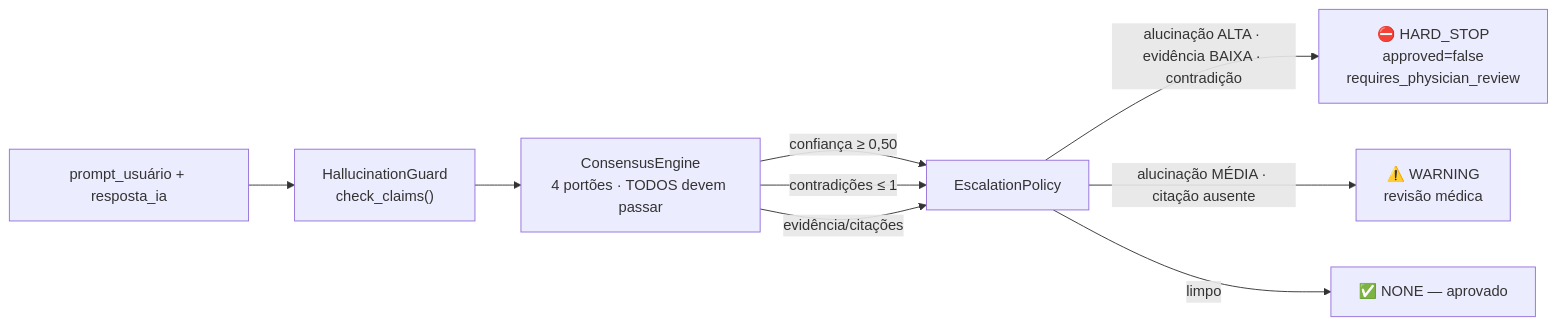
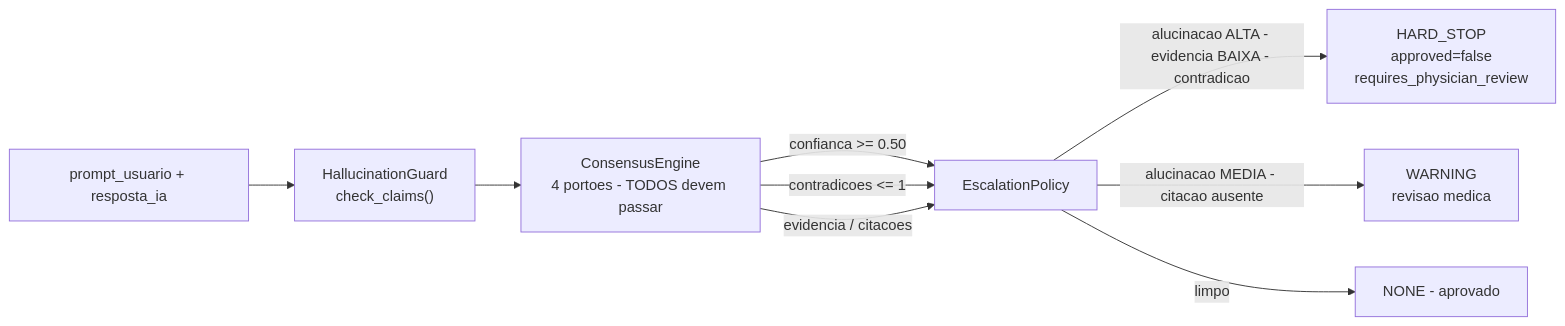
One commit to vdfs89/Aether_Oncology changed the third of 4 diagrams in README.pt-br.md. Above: the diagram before and after it, drawn with Mermaid. The commit also changed other lines of this file and 1 other file, not shown here.

First line of the commit message:
docs(readme): fix Mermaid diagrams not rendering on GitHub

````diff
--- a/README.pt-br.md
+++ b/README.pt-br.md
@@ -304,11 +304,11 @@
 ```mermaid
 flowchart LR
-    IN["prompt_usuário + resposta_ia"] --> HG["HallucinationGuard<br/>check_claims()"]
-    HG --> CE["ConsensusEngine<br/>4 portões · TODOS devem passar"]
-    CE -->|confiança ≥ 0,50| EP
-    CE -->|contradições ≤ 1| EP
-    CE -->|evidência/citações| EP["EscalationPolicy"]
-    EP -->|alucinação ALTA · evidência BAIXA · contradição| HS["⛔ HARD_STOP<br/>approved=false<br/>requires_physician_review"]
-    EP -->|alucinação MÉDIA · citação ausente| W["⚠️ WARNING<br/>revisão médica"]
-    EP -->|limpo| OK["✅ NONE — aprovado"]
+    IN["prompt_usuario + resposta_ia"] --> HG["HallucinationGuard<br/>check_claims()"]
+    HG --> CE["ConsensusEngine<br/>4 portoes - TODOS devem passar"]
+    CE -->|"confianca >= 0.50"| EP["EscalationPolicy"]
+    CE -->|"contradicoes <= 1"| EP
+    CE -->|"evidencia / citacoes"| EP
+    EP -->|"alucinacao ALTA - evidencia BAIXA - contradicao"| HS["HARD_STOP<br/>approved=false<br/>requires_physician_review"]
+    EP -->|"alucinacao MEDIA - citacao ausente"| W["WARNING<br/>revisao medica"]
+    EP -->|limpo| OK["NONE - aprovado"]
 ```
````
